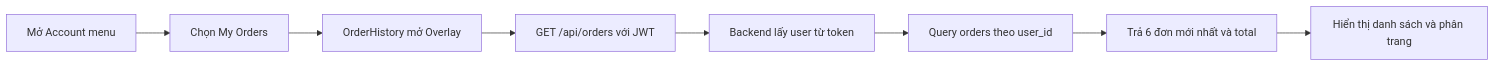
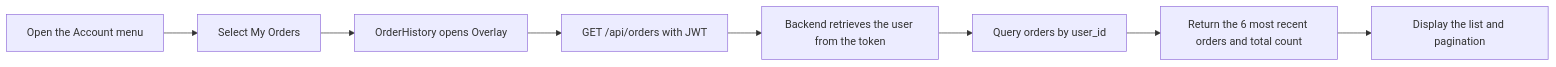
The first of 2 diagrams in docs/order-history-flow.md (Henhhh/Web_29GG), drawn with Mermaid before and after one commit. The commit also changed other lines of this file and 5 other files, not shown here.

````diff
--- a/docs/order-history-flow.md
+++ b/docs/order-history-flow.md
@@ -37,10 +37,10 @@
 ```mermaid
 flowchart LR
-    A[Mở Account menu] --> B[Chọn My Orders]
-    B --> C[OrderHistory mở Overlay]
-    C --> D[GET /api/orders với JWT]
-    D --> E[Backend lấy user từ token]
-    E --> F[Query orders theo user_id]
-    F --> G[Trả 6 đơn mới nhất và total]
-    G --> H[Hiển thị danh sách và phân trang]
+    A[Open the Account menu] --> B[Select My Orders]
+    B --> C[OrderHistory opens Overlay]
+    C --> D[GET /api/orders with JWT]
+    D --> E[Backend retrieves the user from the token]
+    E --> F[Query orders by user_id]
+    F --> G[Return the 6 most recent orders and total count]
+    G --> H[Display the list and pagination]
 ```
````
